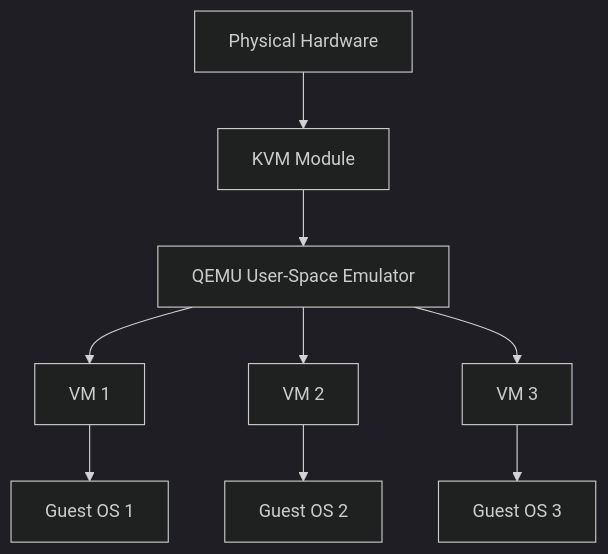
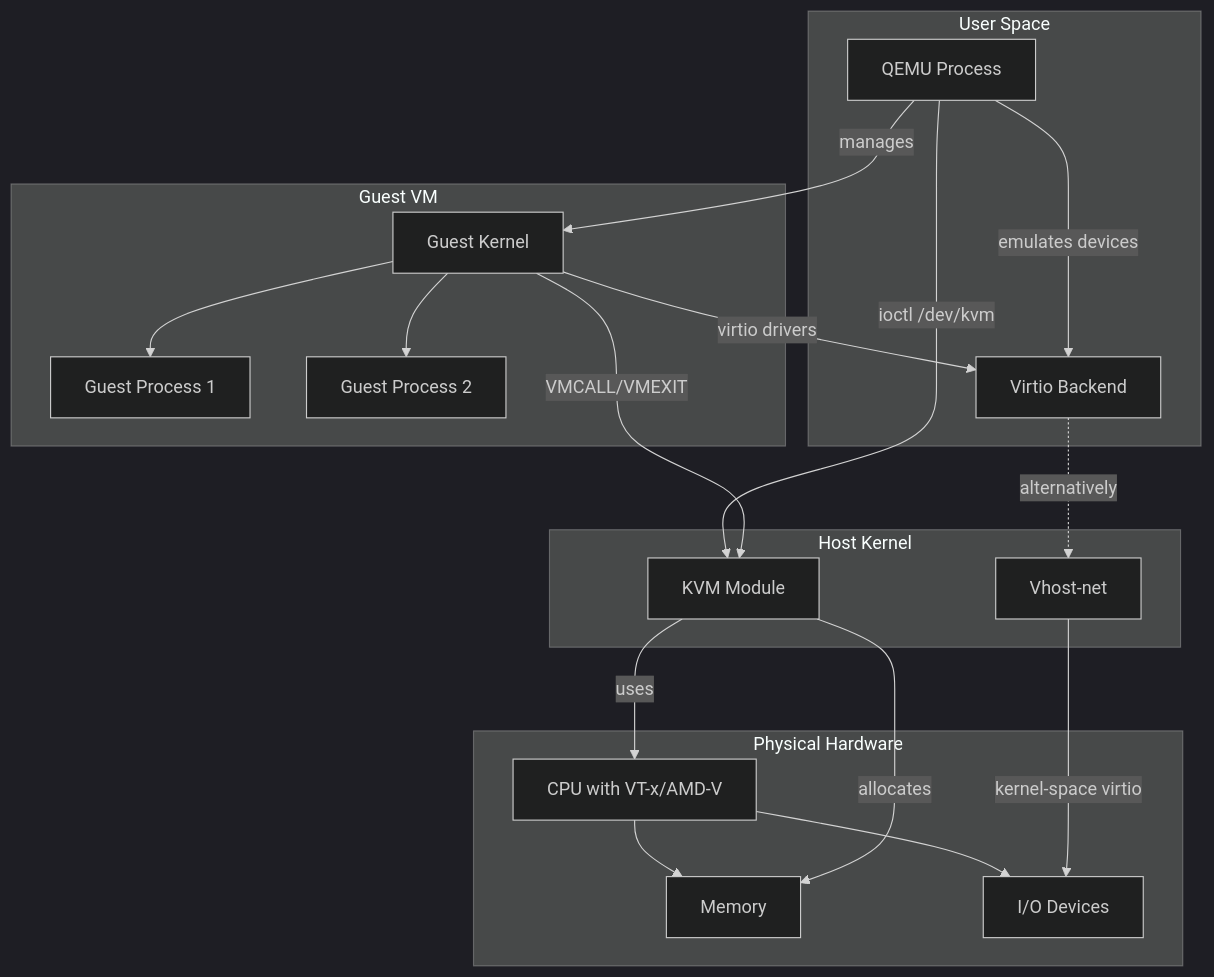
One commit to blebleblee/synapse changed the second of 3 diagrams in topics/computing/infrastructure/linux/lesson_06_advanced_topics.md. Above: the diagram before and after it, drawn with Mermaid (dark theme). The commit also changed other lines of this file and 6 other files, not shown here.

````diff
--- a/topics/computing/infrastructure/linux/lesson_06_advanced_topics.md
+++ b/topics/computing/infrastructure/linux/lesson_06_advanced_topics.md
@@ -55,11 +151,30 @@
 ```mermaid
-graph TD
-    A[Physical Hardware] --> B[KVM Module]
-    B --> C[QEMU User-Space Emulator]
-    C --> D[VM 1]
-    C --> E[VM 2]
-    C --> F[VM 3]
-    D --> G[Guest OS 1]
-    E --> H[Guest OS 2]
-    F --> I[Guest OS 3]
+graph TB
+    subgraph "Physical Hardware"
+        A[CPU with VT-x/AMD-V] --> B[Memory]
+        A --> C[I/O Devices]
+    end
+    
+    subgraph "Host Kernel"
+        D[KVM Module] -->|uses| A
+        D -->|allocates| B
+        E[Vhost-net] -->|kernel-space virtio| C
+    end
+    
+    subgraph "User Space"
+        F[QEMU Process] -->|ioctl /dev/kvm| D
+        F -->|emulates devices| G[Virtio Backend]
+        G -.->|alternatively| E
+    end
+    
+    subgraph "Guest VM"
+        H[Guest Kernel] -->|VMCALL/VMEXIT| D
+        H -->|virtio drivers| G
+        I[Guest Process 1]
+        J[Guest Process 2]
+        H --> I
+        H --> J
+    end
+    
+    F -->|manages| H
 ```
````
